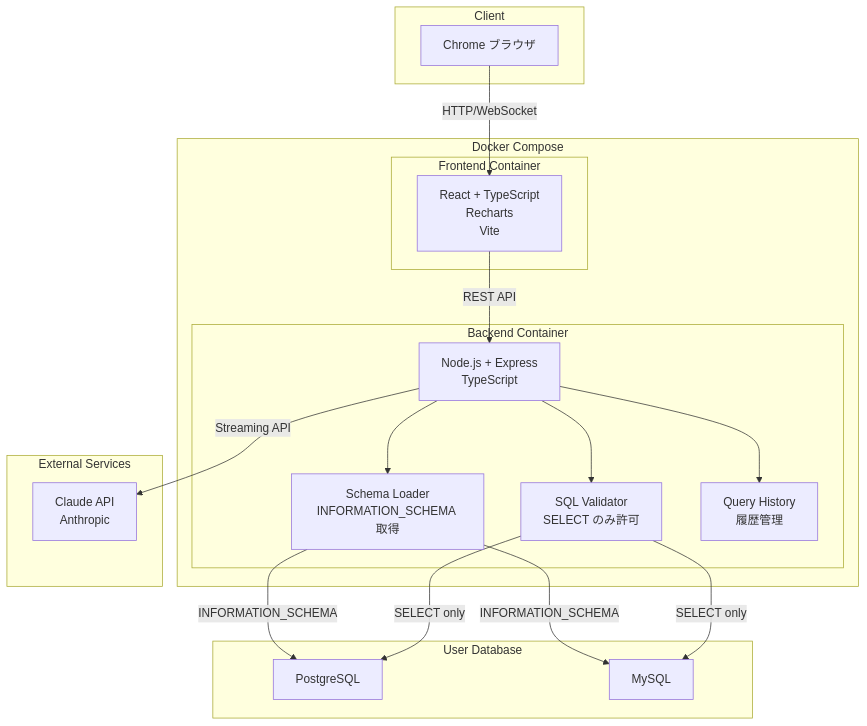
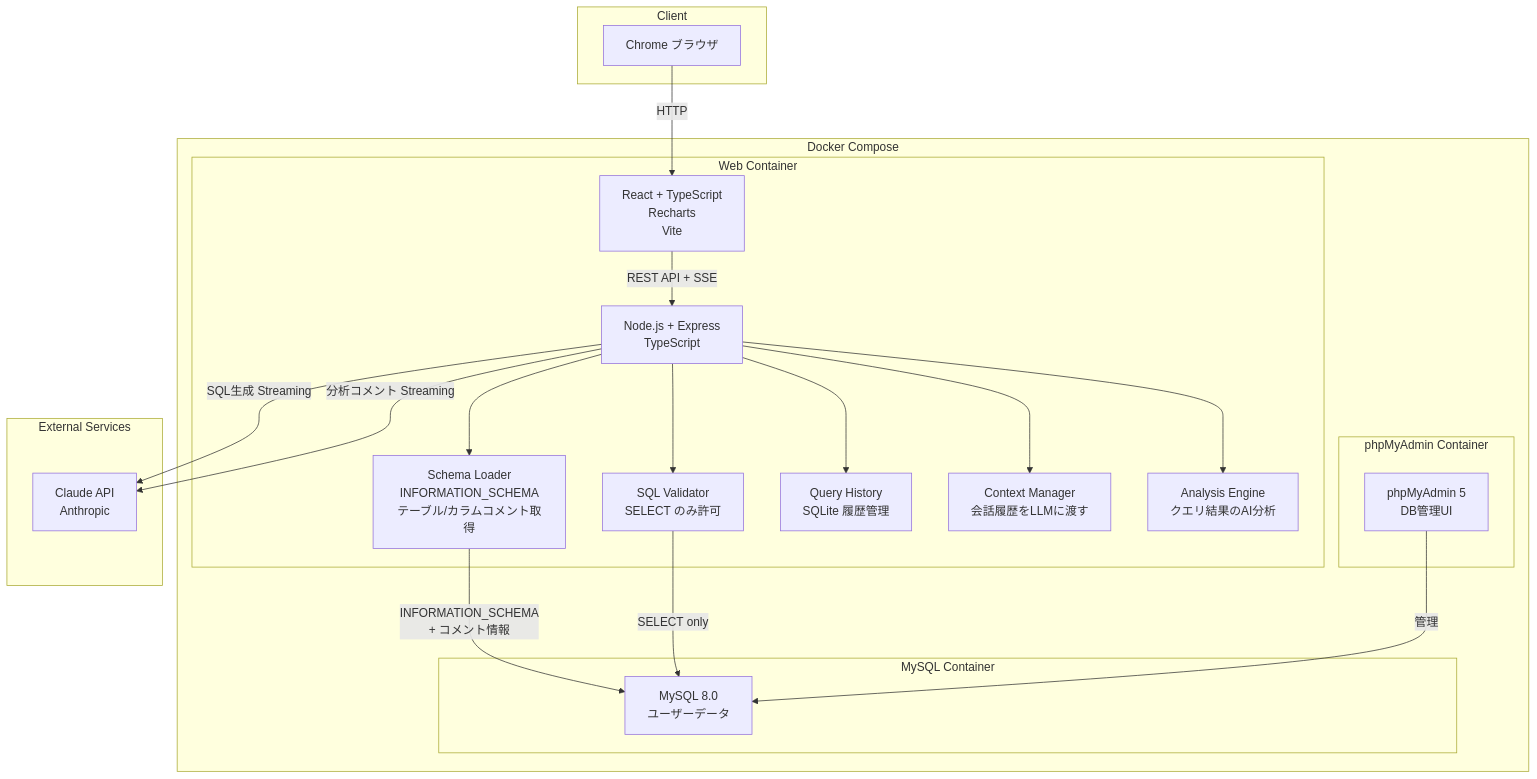
One commit to okegawaatclink/gaido-dataagent changed the first of 2 diagrams in ai_generated/requirements/architecture.md. Above: the diagram before and after it, drawn with Mermaid. The commit also changed other lines of this file and 16 other files, not shown here.

First line of the commit message:
feat(dataagent): add AI analysis, schema comments, conversation context, table width fix

````diff
--- a/ai_generated/requirements/architecture.md
+++ b/ai_generated/requirements/architecture.md
@@ -7,39 +7,43 @@
 ```mermaid
 flowchart TB
     subgraph "Client"
         Browser["Chrome ブラウザ"]
     end
 
     subgraph "Docker Compose"
-        subgraph "Frontend Container"
+        subgraph "Web Container"
             React["React + TypeScript<br>Recharts<br>Vite"]
+            Express["Node.js + Express<br>TypeScript"]
+            SchemaLoader["Schema Loader<br>INFORMATION_SCHEMA<br>テーブル/カラムコメント取得"]
+            SQLValidator["SQL Validator<br>SELECT のみ許可"]
+            QueryHistory["Query History<br>SQLite 履歴管理"]
+            ContextManager["Context Manager<br>会話履歴をLLMに渡す"]
+            AnalysisEngine["Analysis Engine<br>クエリ結果のAI分析"]
         end
 
-        subgraph "Backend Container"
-            Express["Node.js + Express<br>TypeScript"]
-            SchemaLoader["Schema Loader<br>INFORMATION_SCHEMA 取得"]
-            SQLValidator["SQL Validator<br>SELECT のみ許可"]
-            QueryHistory["Query History<br>履歴管理"]
+        subgraph "MySQL Container"
+            MySQL["MySQL 8.0<br>ユーザーデータ"]
+        end
+
+        subgraph "phpMyAdmin Container"
+            PMA["phpMyAdmin 5<br>DB管理UI"]
         end
     end
 
     subgraph "External Services"
         Claude["Claude API<br>Anthropic"]
     end
 
-    subgraph "User Database"
-        PG["PostgreSQL"]
-        MySQL["MySQL"]
-    end
-
-    Browser -->|"HTTP/WebSocket"| React
-    React -->|"REST API"| Express
-    Express -->|"Streaming API"| Claude
+    Browser -->|"HTTP"| React
+    React -->|"REST API + SSE"| Express
+    Express -->|"SQL生成 Streaming"| Claude
+    Express -->|"分析コメント Streaming"| Claude
     Express --> SchemaLoader
     Express --> SQLValidator
     Express --> QueryHistory
-    SchemaLoader -->|"INFORMATION_SCHEMA"| PG
-    SchemaLoader -->|"INFORMATION_SCHEMA"| MySQL
-    SQLValidator -->|"SELECT only"| PG
+    Express --> ContextManager
+    Express --> AnalysisEngine
+    SchemaLoader -->|"INFORMATION_SCHEMA<br>+ コメント情報"| MySQL
     SQLValidator -->|"SELECT only"| MySQL
+    PMA -->|"管理"| MySQL
 ```
````
